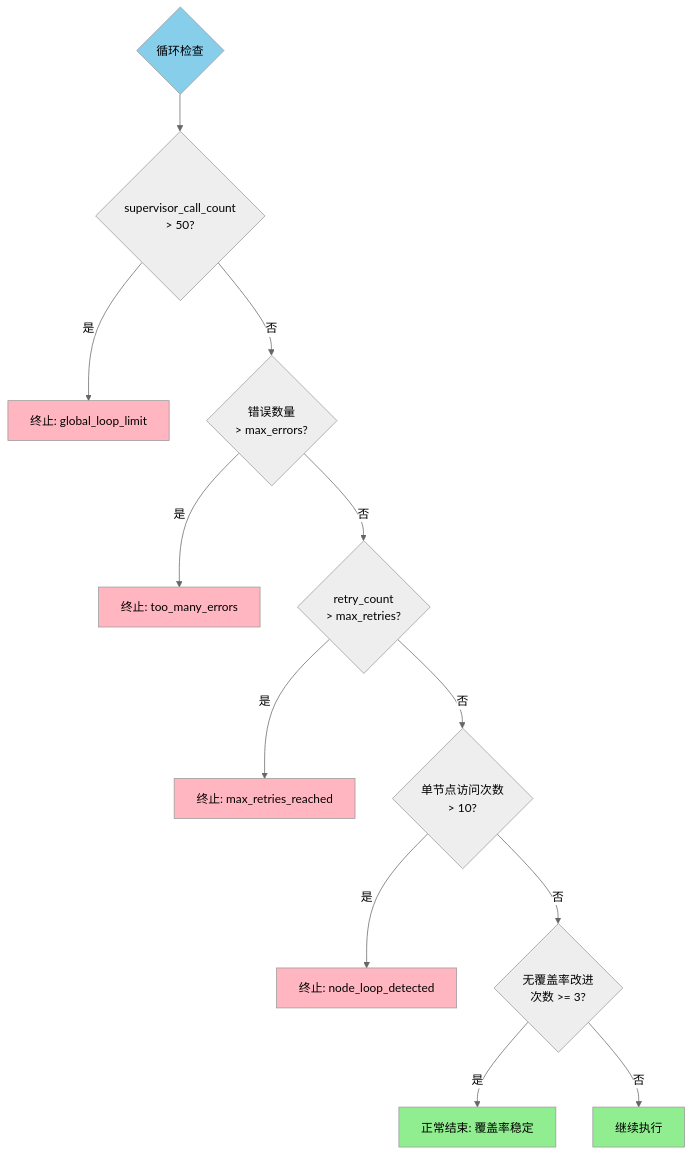
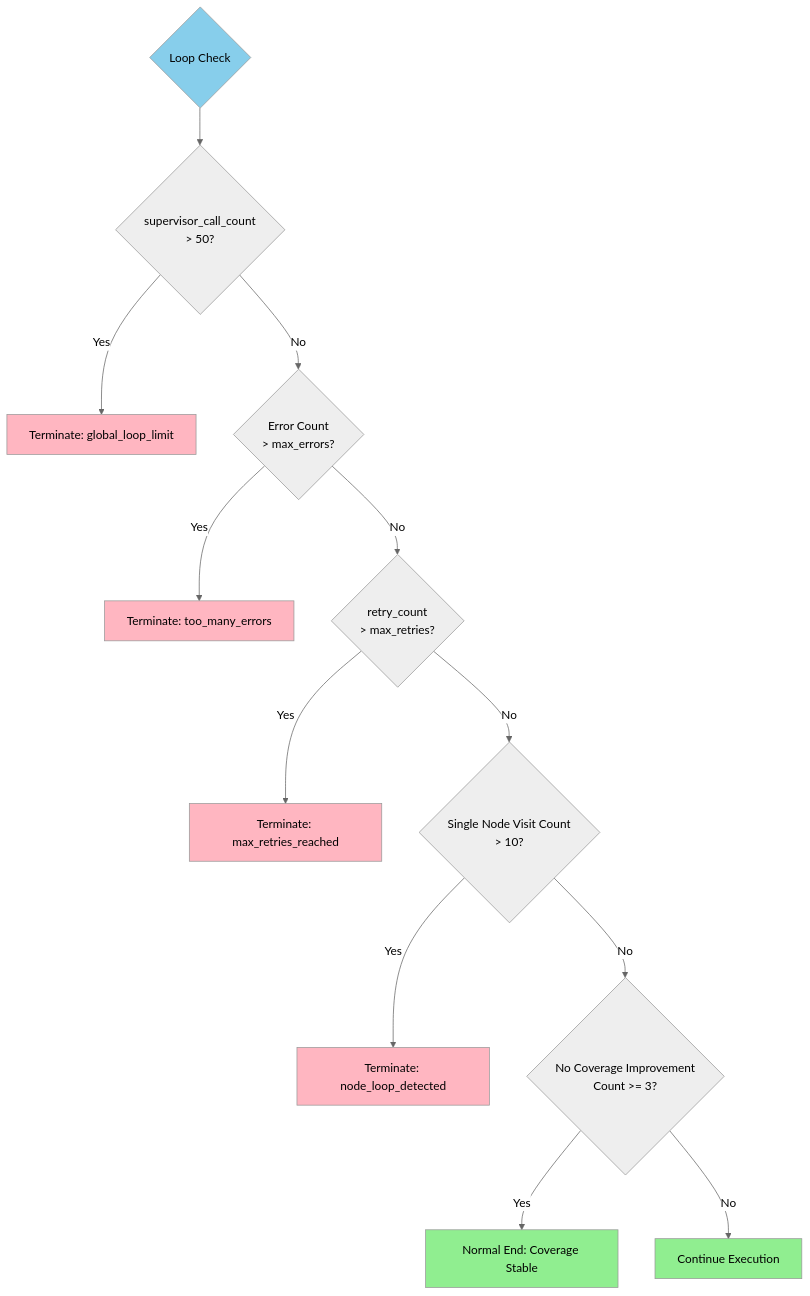
The third of 4 diagrams in agent_graph/README.md (google/oss-fuzz-gen), drawn with Mermaid (neutral theme) before and after one commit. The commit also changed other lines of this file, not shown here.

````diff
--- a/agent_graph/README.md
+++ b/agent_graph/README.md
@@ -146,26 +146,26 @@
 ```mermaid
 flowchart TD
-    Check{循环检查} --> GlobalCount{supervisor_call_count<br/>> 50?}
-    GlobalCount -->|是| Term1[终止: global_loop_limit]
-    GlobalCount -->|否| ErrorCount{错误数量<br/>> max_errors?}
+    Check{Loop Check} --> GlobalCount{supervisor_call_count<br/>> 50?}
+    GlobalCount -->|Yes| Term1[Terminate: global_loop_limit]
+    GlobalCount -->|No| ErrorCount{Error Count<br/>> max_errors?}
     
-    ErrorCount -->|是| Term2[终止: too_many_errors]
-    ErrorCount -->|否| RetryCount{retry_count<br/>> max_retries?}
+    ErrorCount -->|Yes| Term2[Terminate: too_many_errors]
+    ErrorCount -->|No| RetryCount{retry_count<br/>> max_retries?}
     
-    RetryCount -->|是| Term3[终止: max_retries_reached]
-    RetryCount -->|否| NodeVisit{单节点访问次数<br/>> 10?}
+    RetryCount -->|Yes| Term3[Terminate: max_retries_reached]
+    RetryCount -->|No| NodeVisit{Single Node Visit Count<br/>> 10?}
     
-    NodeVisit -->|是| Term4[终止: node_loop_detected]
-    NodeVisit -->|否| NoImprov{无覆盖率改进<br/>次数 >= 3?}
+    NodeVisit -->|Yes| Term4[Terminate: node_loop_detected]
+    NodeVisit -->|No| NoImprov{No Coverage Improvement<br/>Count >= 3?}
     
-    NoImprov -->|是| Term5[正常结束: 覆盖率稳定]
-    NoImprov -->|否| Continue[继续执行]
+    NoImprov -->|Yes| Term5[Normal End: Coverage Stable]
+    NoImprov -->|No| Continue[Continue Execution]
     
     style Check fill:#87CEEB
     style Term1 fill:#FFB6C1
     style Term2 fill:#FFB6C1
     style Term3 fill:#FFB6C1
     style Term4 fill:#FFB6C1
     style Term5 fill:#90EE90
     style Continue fill:#90EE90
 ```
````
